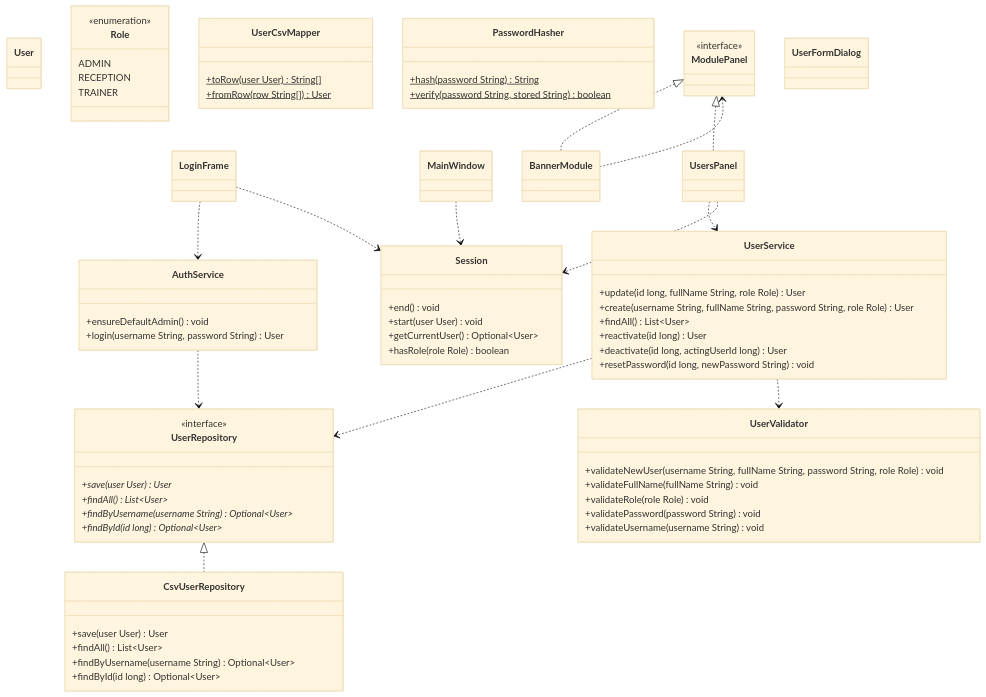
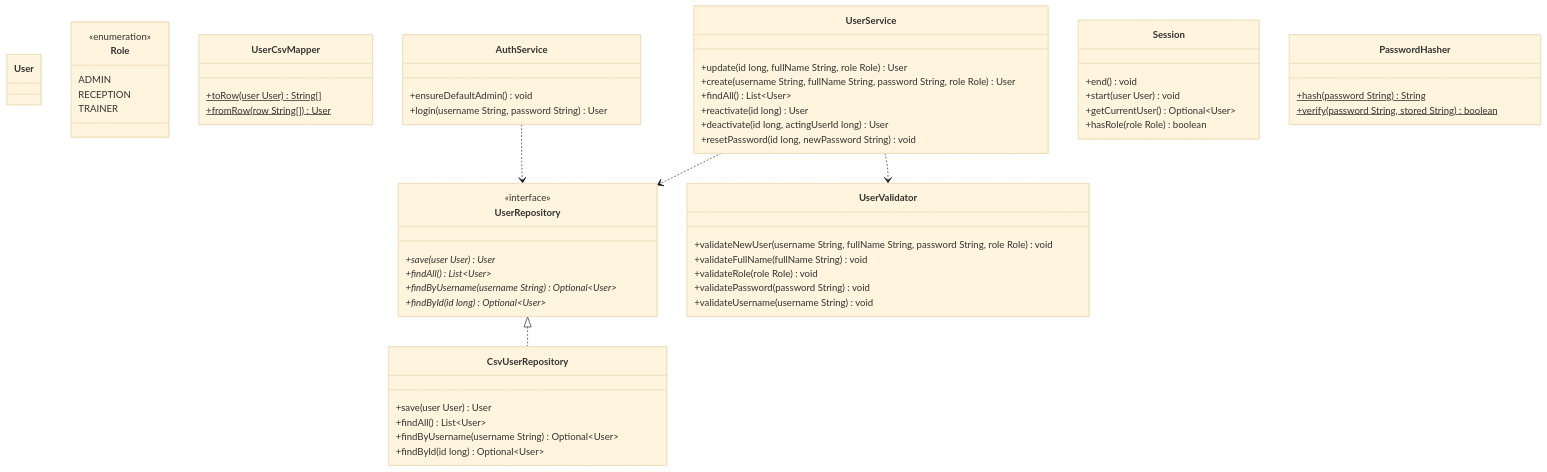
The first of 6 diagrams in docs/integrated-class-diagram.md (Deliner2501/NextFit), drawn with Mermaid (base theme) before and after one commit. The commit also changed other lines of this file and 62 other files, not shown here.

````diff
--- a/docs/integrated-class-diagram.md
+++ b/docs/integrated-class-diagram.md
@@ -68,30 +68,9 @@
         +hash(password String)$ String
         +verify(password String, stored String)$ boolean
     }
-    class LoginFrame {
-    }
-    class MainWindow {
-    }
-    class ModulePanel {
-        <<interface>>
-    }
-    class BannerModule {
-    }
-    class UsersPanel {
-    }
-    class UserFormDialog {
-    }
 
     UserRepository <|.. CsvUserRepository
-    ModulePanel <|.. BannerModule
-    ModulePanel <|.. UsersPanel
     UserService ..> UserRepository
     UserService ..> UserValidator
     AuthService ..> UserRepository
-    LoginFrame ..> AuthService
-    LoginFrame ..> Session
-    MainWindow ..> Session
-    BannerModule ..> ModulePanel
-    UsersPanel ..> UserService
-    UsersPanel ..> Session
 ```
````
